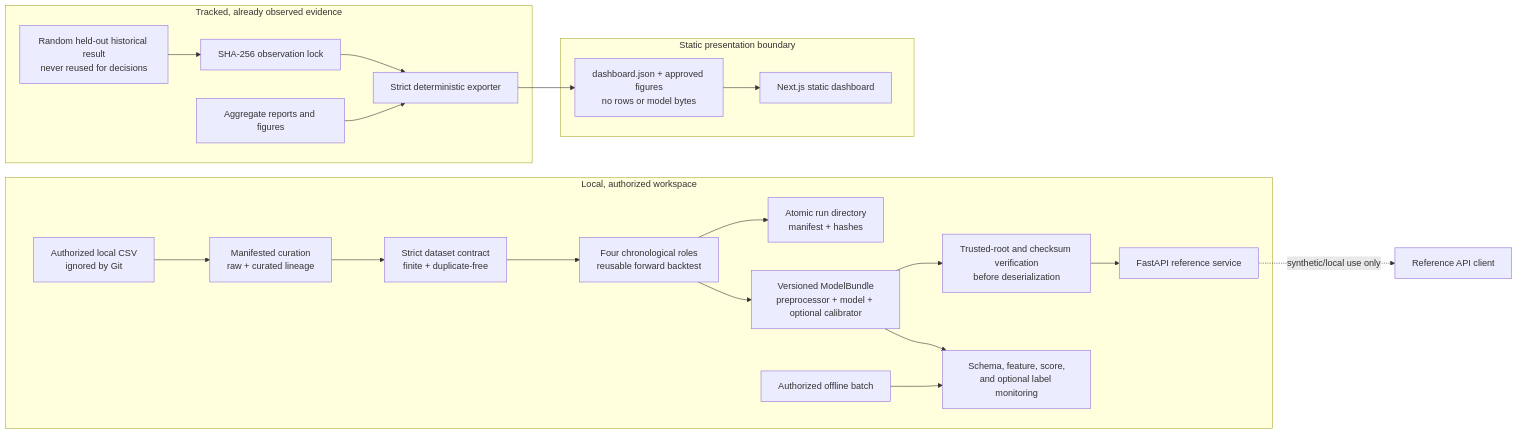
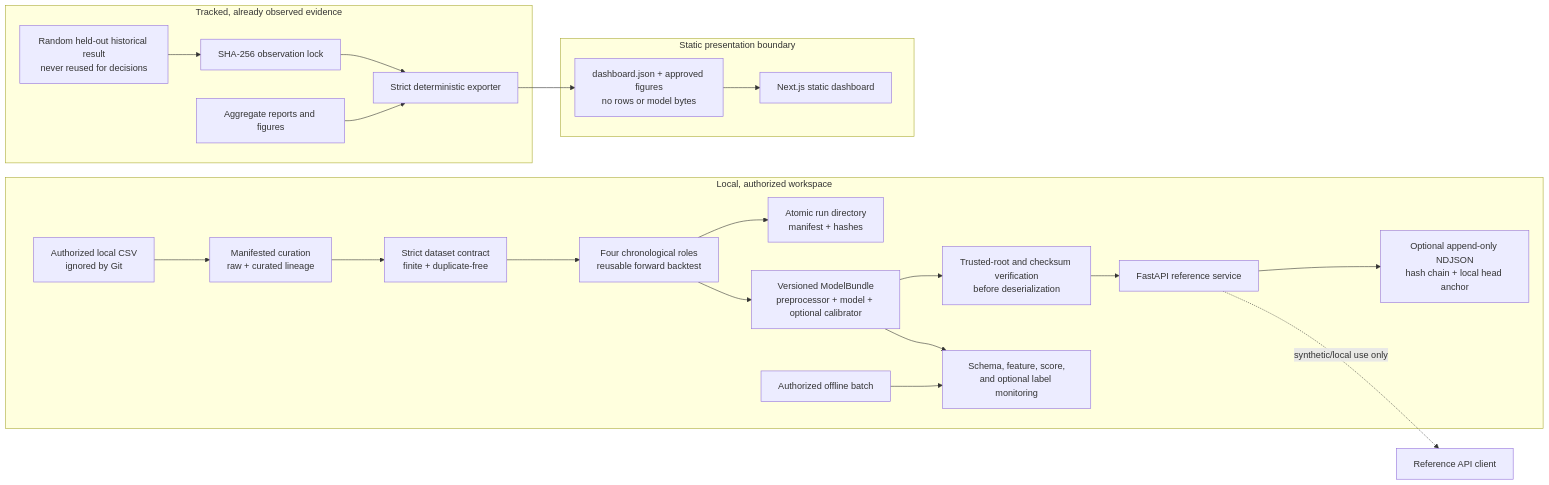
One commit to imayankss/SecureSwipe changed the first of 2 diagrams in docs/ARCHITECTURE.md. Above: the diagram before and after it, drawn with Mermaid. The commit also changed other lines of this file and 37 other files, not shown here.

````diff
--- a/docs/ARCHITECTURE.md
+++ b/docs/ARCHITECTURE.md
@@ -7,27 +7,28 @@
 ```mermaid
 flowchart LR
     subgraph Local["Local, authorized workspace"]
       Raw["Authorized local CSV\nignored by Git"] --> Curate["Manifested curation\nraw + curated lineage"]
       Curate --> Contract["Strict dataset contract\nfinite + duplicate-free"]
       Contract --> Dev["Four chronological roles\nreusable forward backtest"]
       Dev --> Evidence["Atomic run directory\nmanifest + hashes"]
       Dev --> Bundle["Versioned ModelBundle\npreprocessor + model + optional calibrator"]
       Bundle --> Verify["Trusted-root and checksum verification\nbefore deserialization"]
       Verify --> API["FastAPI reference service"]
+      API --> Audit["Optional append-only NDJSON\nhash chain + local head anchor"]
       Batch["Authorized offline batch"] --> Monitor["Schema, feature, score,\nand optional label monitoring"]
       Bundle --> Monitor
     end
 
     subgraph Locked["Tracked, already observed evidence"]
       Historical["Random held-out historical result\nnever reused for decisions"] --> Lock["SHA-256 observation lock"]
       Reports["Aggregate reports and figures"] --> Export["Strict deterministic exporter"]
       Lock --> Export
     end
 
     subgraph Public["Static presentation boundary"]
       Export --> JSON["dashboard.json + approved figures\nno rows or model bytes"]
       JSON --> Web["Next.js static dashboard"]
     end
 
     API -. "synthetic/local use only" .-> Client["Reference API client"]
 ```
````
